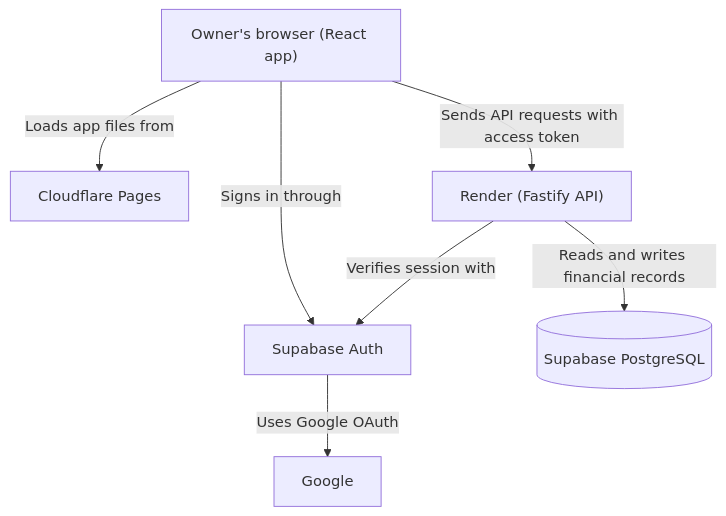
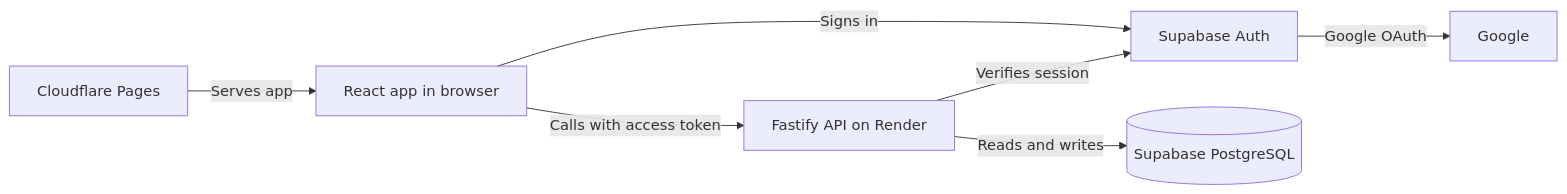
One commit to lQingRu/finscope changed the diagram in docs/architecture.md. Above: the diagram before and after it, drawn with Mermaid. The commit also changed other lines of this file and 45 other files, not shown here.

````diff
--- a/docs/architecture.md
+++ b/docs/architecture.md
@@ -7,18 +7,11 @@
 ```mermaid
-flowchart TD
-    accTitle: FinScope deployment and request paths
-    accDescr: The React app runs in the owner's browser after loading from Cloudflare Pages. The browser signs in through Supabase Auth with Google and calls the Fastify API on Render. The API verifies the session and accesses PostgreSQL.
-    Browser["Owner's browser (React app)"]
-    Pages["Cloudflare Pages"]
-    Auth["Supabase Auth"]
-    Google["Google"]
-    API["Render (Fastify API)"]
-    Database[("Supabase PostgreSQL")]
-
-    Browser -->|Loads app files from| Pages
-    Browser -->|Signs in through| Auth
-    Auth -->|Uses Google OAuth| Google
-    Browser -->|Sends API requests with access token| API
-    API -->|Verifies session with| Auth
-    API -->|Reads and writes financial records| Database
+flowchart LR
+    accTitle: FinScope runtime
+    accDescr: Cloudflare Pages serves the React app. The browser signs in through Supabase Auth with Google and calls the Fastify API on Render. The API verifies the owner through Supabase Auth and accesses PostgreSQL.
+    Pages["Cloudflare Pages"] -->|Serves app| Browser["React app in browser"]
+    Browser -->|Signs in| Auth["Supabase Auth"]
+    Auth -->|Google OAuth| Google["Google"]
+    Browser -->|Calls with access token| API["Fastify API on Render"]
+    API -->|Verifies session| Auth
+    API -->|Reads and writes| DB[("Supabase PostgreSQL")]
 ```
````
